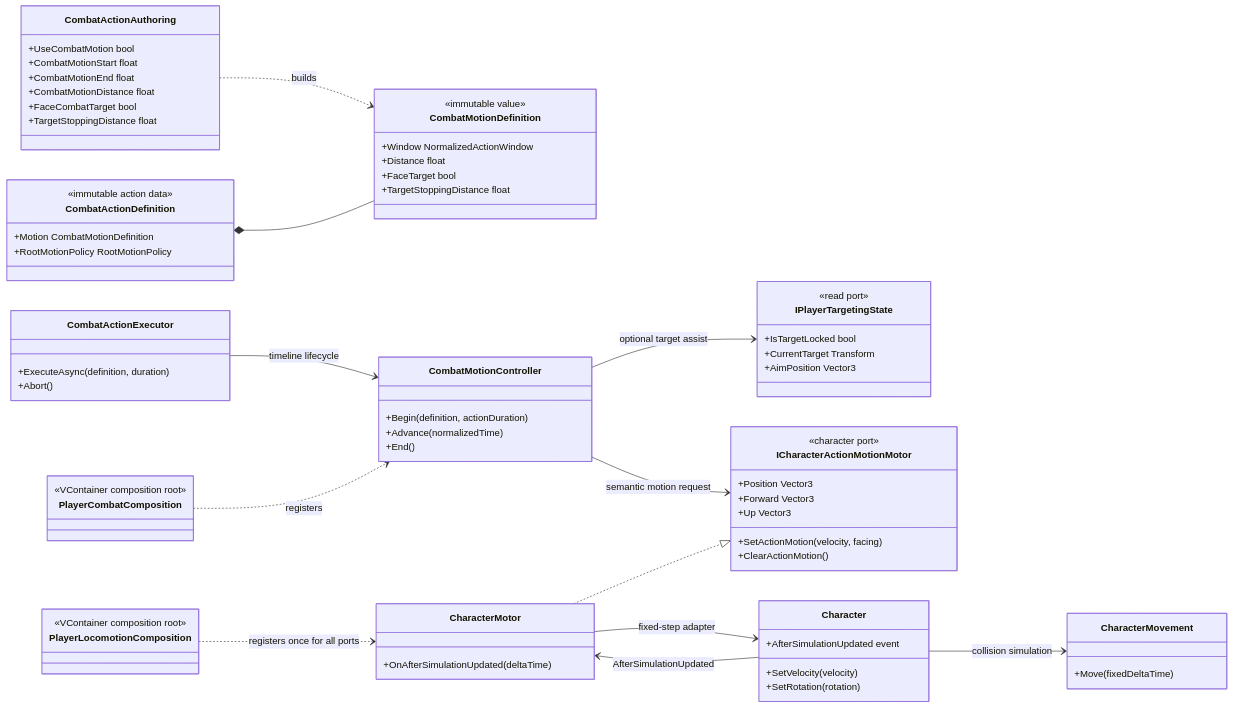
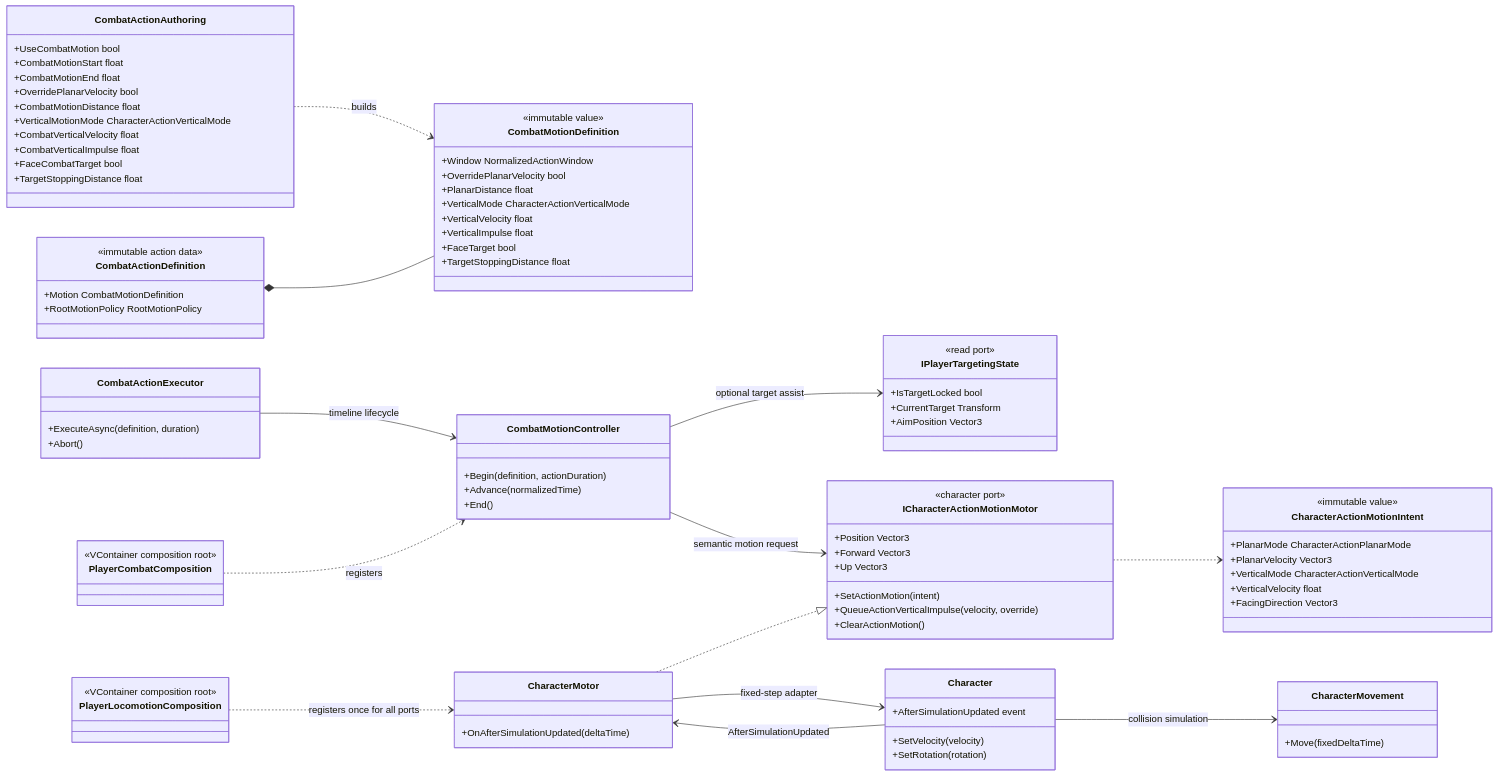
Before and after one commit to MaximFonariuc/project-s: the first of 2 diagrams in Docs/Architecture/Combat.Motion.md, drawn with Mermaid. The commit also changed other lines of this file and 5 other files, not shown here.

Commit message:
feat: add aerial combat motion controls

```diff
--- a/Docs/Architecture/Combat.Motion.md
+++ b/Docs/Architecture/Combat.Motion.md
@@ -20,7 +20,11 @@
         +UseCombatMotion bool
         +CombatMotionStart float
         +CombatMotionEnd float
+        +OverridePlanarVelocity bool
         +CombatMotionDistance float
+        +VerticalMotionMode CharacterActionVerticalMode
+        +CombatVerticalVelocity float
+        +CombatVerticalImpulse float
         +FaceCombatTarget bool
         +TargetStoppingDistance float
     }
@@ -32,7 +36,11 @@
     class CombatMotionDefinition {
         <<immutable value>>
         +Window NormalizedActionWindow
-        +Distance float
+        +OverridePlanarVelocity bool
+        +PlanarDistance float
+        +VerticalMode CharacterActionVerticalMode
+        +VerticalVelocity float
+        +VerticalImpulse float
         +FaceTarget bool
         +TargetStoppingDistance float
     }
@@ -56,8 +64,17 @@
         +Position Vector3
         +Forward Vector3
         +Up Vector3
-        +SetActionMotion(velocity, facing)
+        +SetActionMotion(intent)
+        +QueueActionVerticalImpulse(velocity, override)
         +ClearActionMotion()
+    }
+    class CharacterActionMotionIntent {
+        <<immutable value>>
+        +PlanarMode CharacterActionPlanarMode
+        +PlanarVelocity Vector3
+        +VerticalMode CharacterActionVerticalMode
+        +VerticalVelocity float
+        +FacingDirection Vector3
     }
     class CharacterMotor {
         +OnAfterSimulationUpdated(deltaTime)
@@ -83,6 +100,7 @@
     CombatMotionController --> IPlayerTargetingState : optional target assist
     CombatMotionController --> ICharacterActionMotionMotor : semantic motion request
     CharacterMotor ..|> ICharacterActionMotionMotor
+    ICharacterActionMotionMotor ..> CharacterActionMotionIntent
     CharacterMotor --> Character : fixed-step adapter
     Character --> CharacterMotor : AfterSimulationUpdated
     Character --> CharacterMovement : collision simulation
```
